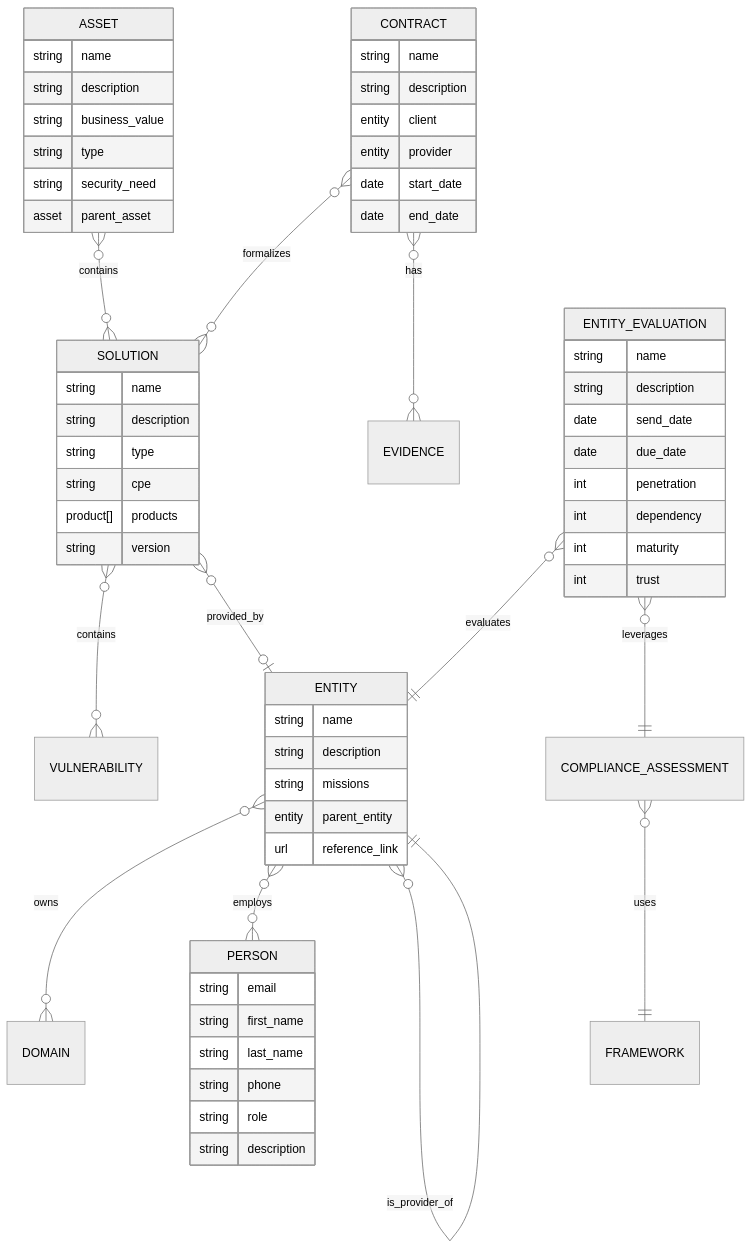
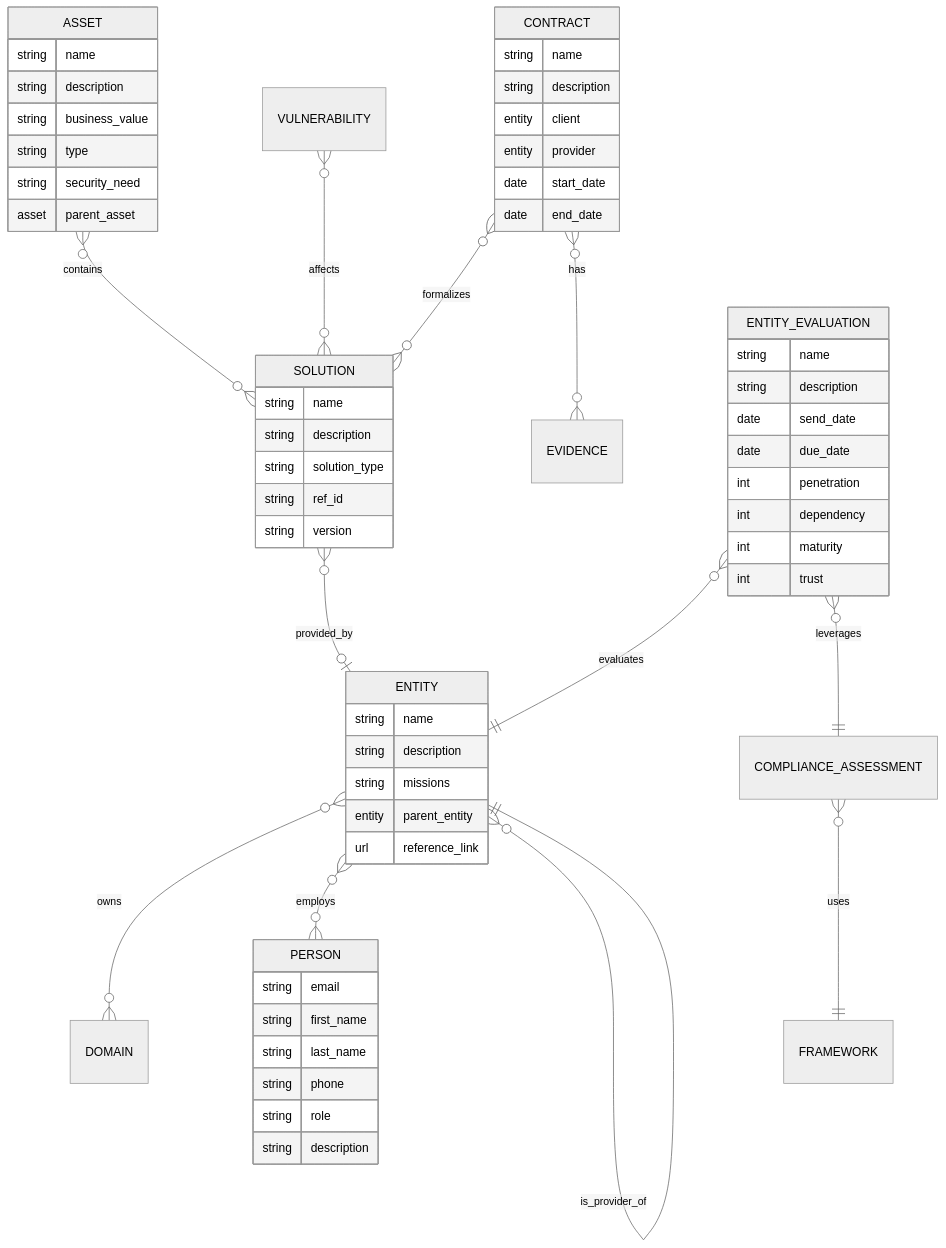
One commit to intuitem/ciso-assistant-community changed the eighth of 10 diagrams in documentation/architecture/data-model.md. Above: the diagram before and after it, drawn with Mermaid (neutral theme). The commit also changed other lines of this file, not shown here.

Commit message:
Update data-model.md
clarify solution.
small fixes.

````diff
--- a/documentation/architecture/data-model.md
+++ b/documentation/architecture/data-model.md
@@ -1108,71 +1108,70 @@
 ```mermaid
 erDiagram
 
     ASSET                 }o--o{ SOLUTION              : contains
     ENTITY                }o--o{ DOMAIN                : owns
-    SOLUTION              }o--o{ VULNERABILITY         : contains
+    VULNERABILITY         }o--o{ SOLUTION              : affects
     SOLUTION              }o--o| ENTITY                : provided_by
     CONTRACT              }o--o{ SOLUTION              : formalizes
     CONTRACT              }o--o{ EVIDENCE              : has
     ENTITY_EVALUATION     }o--|| ENTITY                : evaluates
     ENTITY                }o--o{ PERSON                : employs
     ENTITY_EVALUATION     }o--|| COMPLIANCE_ASSESSMENT : leverages
     ENTITY                }o--|| ENTITY                : is_provider_of
     COMPLIANCE_ASSESSMENT }o--|| FRAMEWORK             : uses
     ENTITY {
         string  name
         string  description
         string  missions  
         entity  parent_entity
         url     reference_link
     }
 
     ASSET {
         string      name
         string      description
         string      business_value
         string      type
         string      security_need
         asset       parent_asset
     }
 
 
     SOLUTION {
         string      name
         string      description
-        string      type
-        string      cpe
-        product[]   products
+        string      solution_type
+        string      ref_id
         string      version
     }
 
     CONTRACT {
         string name
         string description
         entity client
         entity provider
         date   start_date
         date   end_date
     }
 
     ENTITY_EVALUATION {
         string name
         string description
         date   send_date
         date   due_date
         int    penetration
         int    dependency
         int    maturity
         int    trust
     }
 
     PERSON {
         string email
         string first_name
         string last_name
         string phone
         string role
         string description
     }
 
 ```
````
